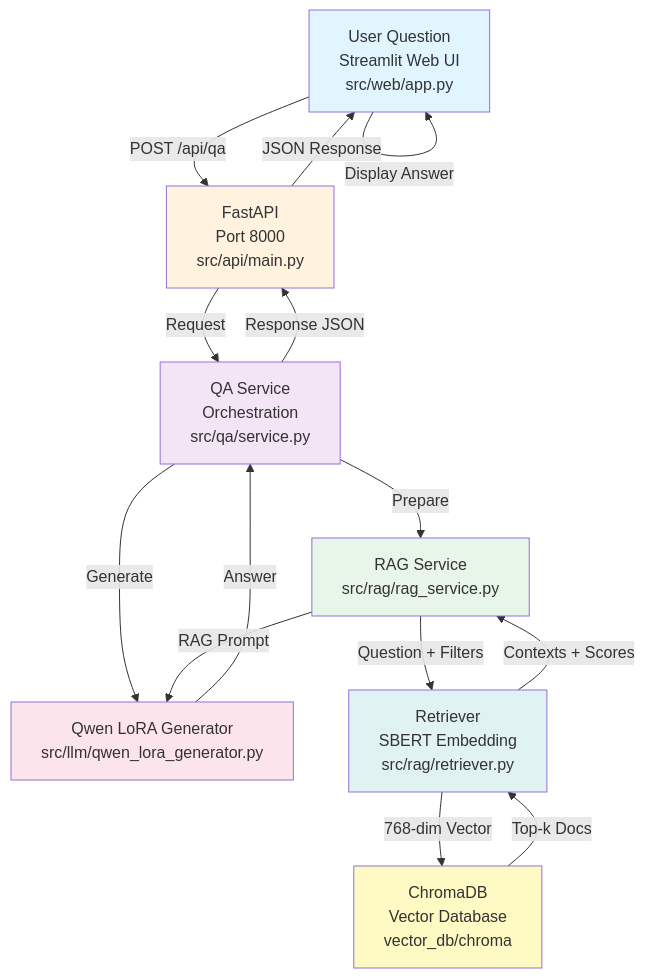
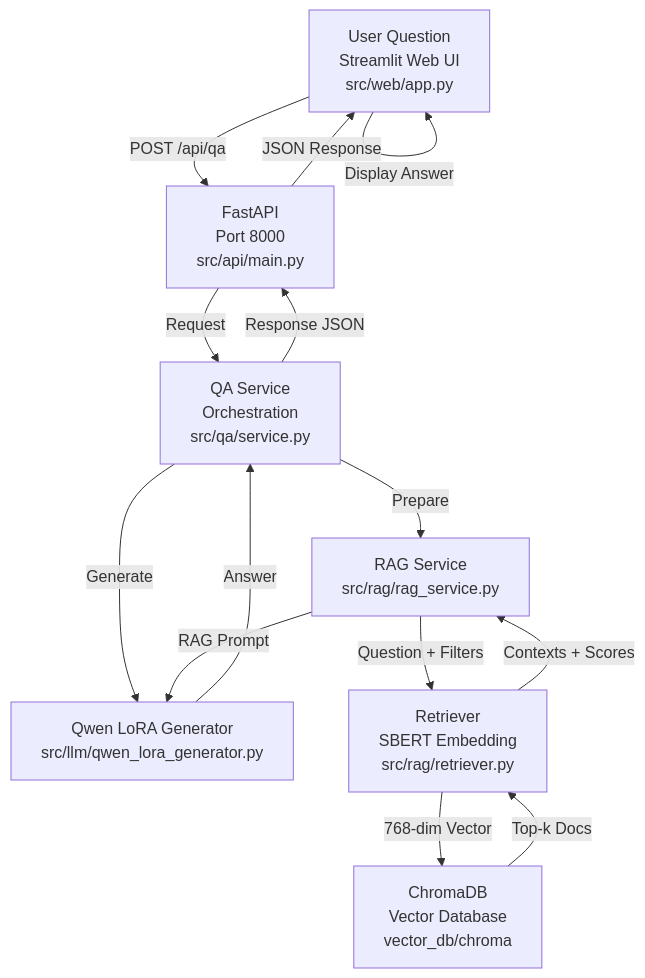
Before and after one commit to nphoang-itus/vie-cultural-nlp-sl-fithcmus: the diagram in README.md, drawn with Mermaid.

Commit message:
feat: update README and add architecture documentation with flow diagrams

````diff
--- a/README.md
+++ b/README.md
@@ -63,32 +63,24 @@
 ```mermaid
 graph TD
     A["User Question<br/>Streamlit Web UI<br/>src/web/app.py"] -->|POST /api/qa| B["FastAPI<br/>Port 8000<br/>src/api/main.py"]
     
     B -->|Request| C["QA Service<br/>Orchestration<br/>src/qa/service.py"]
     
     C -->|Prepare| D["RAG Service<br/>src/rag/rag_service.py"]
     C -->|Generate| E["Qwen LoRA Generator<br/>src/llm/qwen_lora_generator.py"]
     
     D -->|Question + Filters| F["Retriever<br/>SBERT Embedding<br/>src/rag/retriever.py"]
     
     F -->|768-dim Vector| G["ChromaDB<br/>Vector Database<br/>vector_db/chroma"]
     
     G -->|Top-k Docs| F
     F -->|Contexts + Scores| D
     
     D -->|RAG Prompt| E
     
     E -->|Answer| C
     
     C -->|Response JSON| B
     B -->|JSON Response| A
     A -->|Display Answer| A
-    
-    style A fill:#e1f5ff
-    style B fill:#fff3e0
-    style C fill:#f3e5f5
-    style D fill:#e8f5e9
-    style E fill:#fce4ec
-    style F fill:#e0f2f1
-    style G fill:#fff9c4
 ```
````
